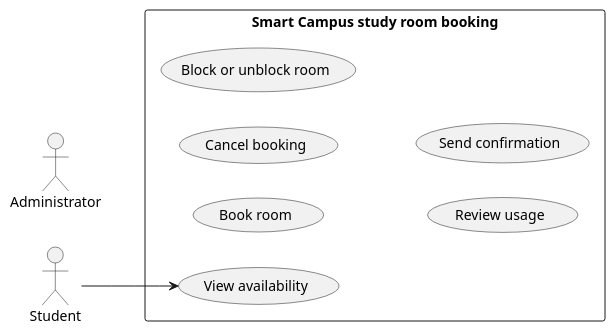
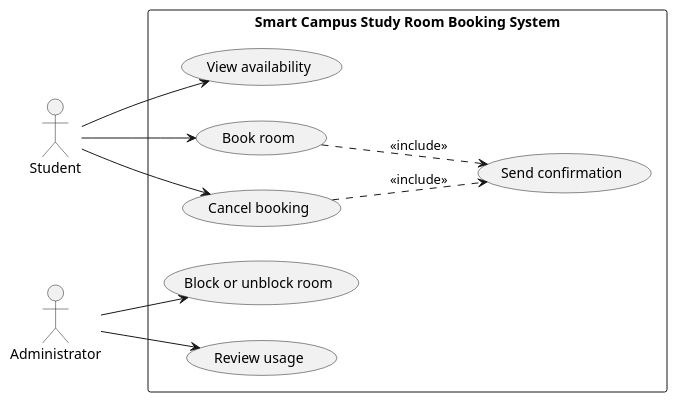
One commit to ZhagiparIIDidar/SE-practice changed the diagram in week-03/Practice/Practice/requirements/use-cases.puml. Above: the diagram before and after it, drawn with PlantUML. The commit also changed 1 other file, not shown here.

Commit message:
week-03: add and review use-case diagram, fix unjustified actor associations

```diff
--- a/week-03/Practice/Practice/requirements/use-cases.puml
+++ b/week-03/Practice/Practice/requirements/use-cases.puml
@@ -1,26 +1,27 @@
 @startuml
-' Use-case diagram — Smart Campus study room booking
-' Two actors, outside the boundary. Six use cases, inside it.
-' No screens, no databases, no internal components, no third actor.
-' Draw an association only where that actor actually triggers that function.
 
 left to right direction
 
 actor Student
 actor Administrator
 
-rectangle "Smart Campus study room booking" {
-  usecase "View availability"      as UC01
-  usecase "Book room"              as UC02
-  usecase "Cancel booking"         as UC03
-  usecase "Block or unblock room"  as UC04
-  usecase "Review usage"           as UC05
-  usecase "Send confirmation"      as UC06
+rectangle "Smart Campus Study Room Booking System" {
+    usecase "View availability" as UC1
+    usecase "Book room" as UC2
+    usecase "Cancel booking" as UC3
+    usecase "Block or unblock room" as UC4
+    usecase "Review usage" as UC5
+    usecase "Send confirmation" as UC6
 }
 
-' TODO: replace the associations below with the ones you can justify.
-' TODO: think about UC05 and UC06 before you connect an actor to them.
+Student --> UC1
+Student --> UC2
+Student --> UC3
 
-Student --> UC01
+Administrator --> UC4
+Administrator --> UC5
+
+UC2 ..> UC6 : <<include>>
+UC3 ..> UC6 : <<include>>
 
 @enduml
```
